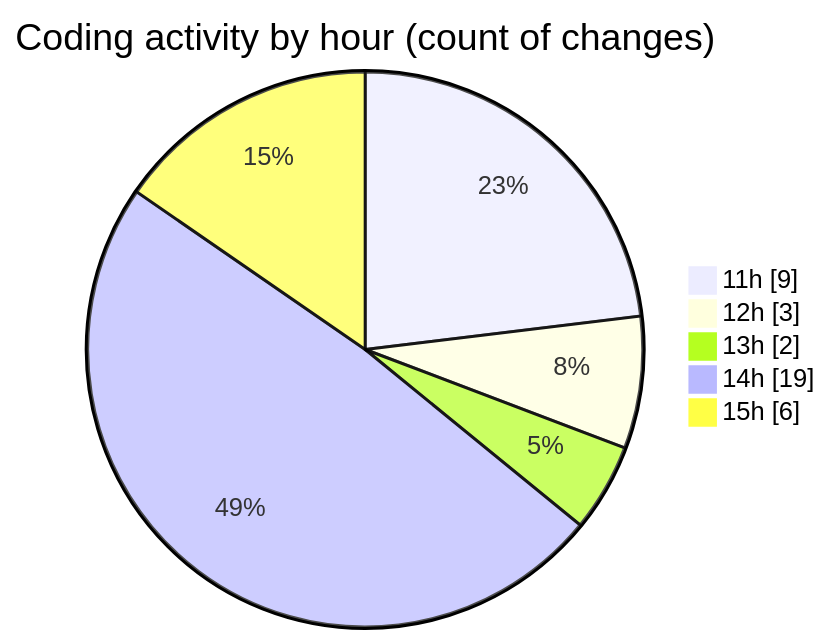
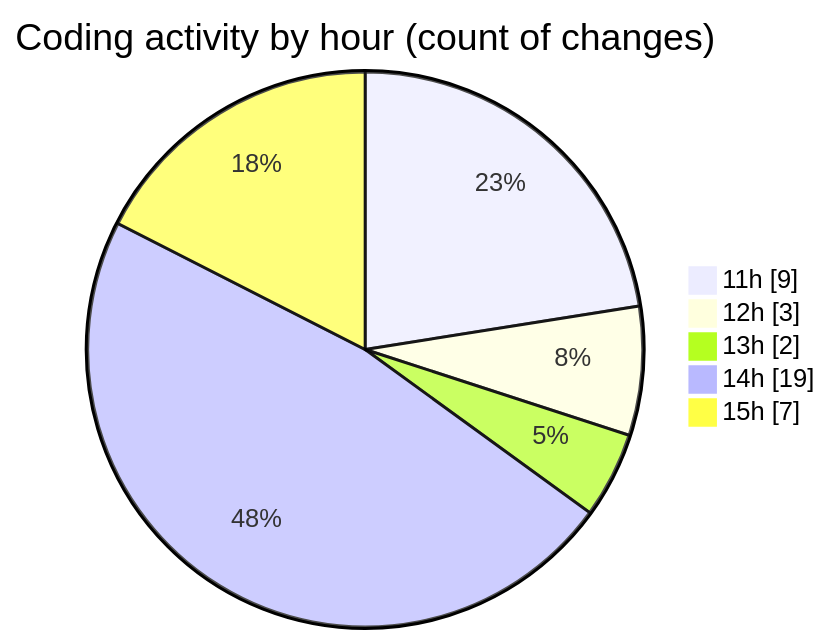
The second of 2 diagrams in 2025-01-21/monteur_automatique/README.md (CELIANVF/code-tracking), drawn with Mermaid before and after one commit. The commit also changed other lines of this file and 1 other file, not shown here.

````diff
--- a/2025-01-21/monteur_automatique/README.md
+++ b/2025-01-21/monteur_automatique/README.md
@@ -32,9 +32,9 @@
 ```mermaid
 pie showData
 title Coding activity by hour (count of changes)
 "11h" : 9
 "12h" : 3
 "13h" : 2
 "14h" : 19
-"15h" : 6
+"15h" : 7
 ```
````
